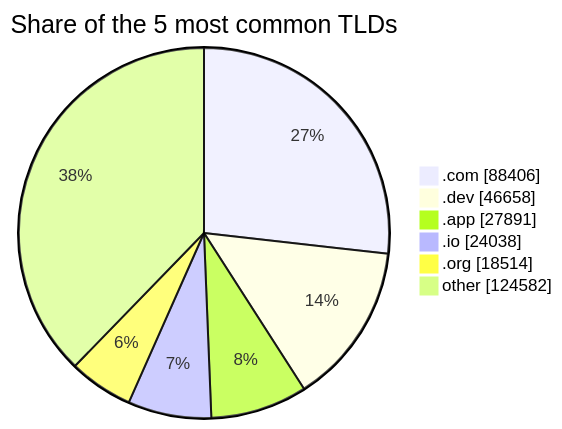
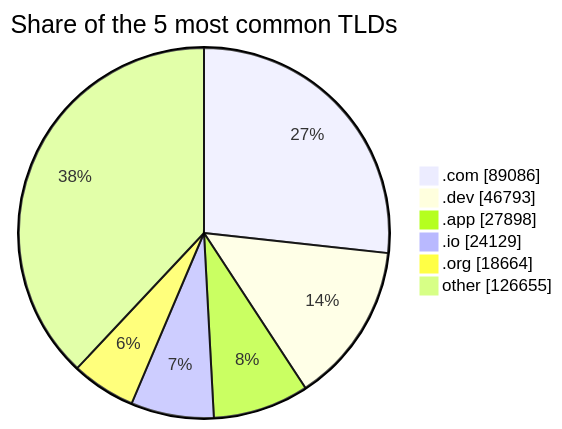
Before and after one commit to DNSBunker/CTI: the third of 3 diagrams in README.md, drawn with Mermaid. The commit also changed other lines of this file and 3 other files, not shown here.

````diff
--- a/README.md
+++ b/README.md
@@ -81,9 +81,9 @@
 ```mermaid
 pie showData title Share of the 5 most common TLDs
-    ".com" : 88406
-    ".dev" : 46658
-    ".app" : 27891
-    ".io" : 24038
-    ".org" : 18514
-    "other" : 124582
+    ".com" : 89086
+    ".dev" : 46793
+    ".app" : 27898
+    ".io" : 24129
+    ".org" : 18664
+    "other" : 126655
 ```
````
